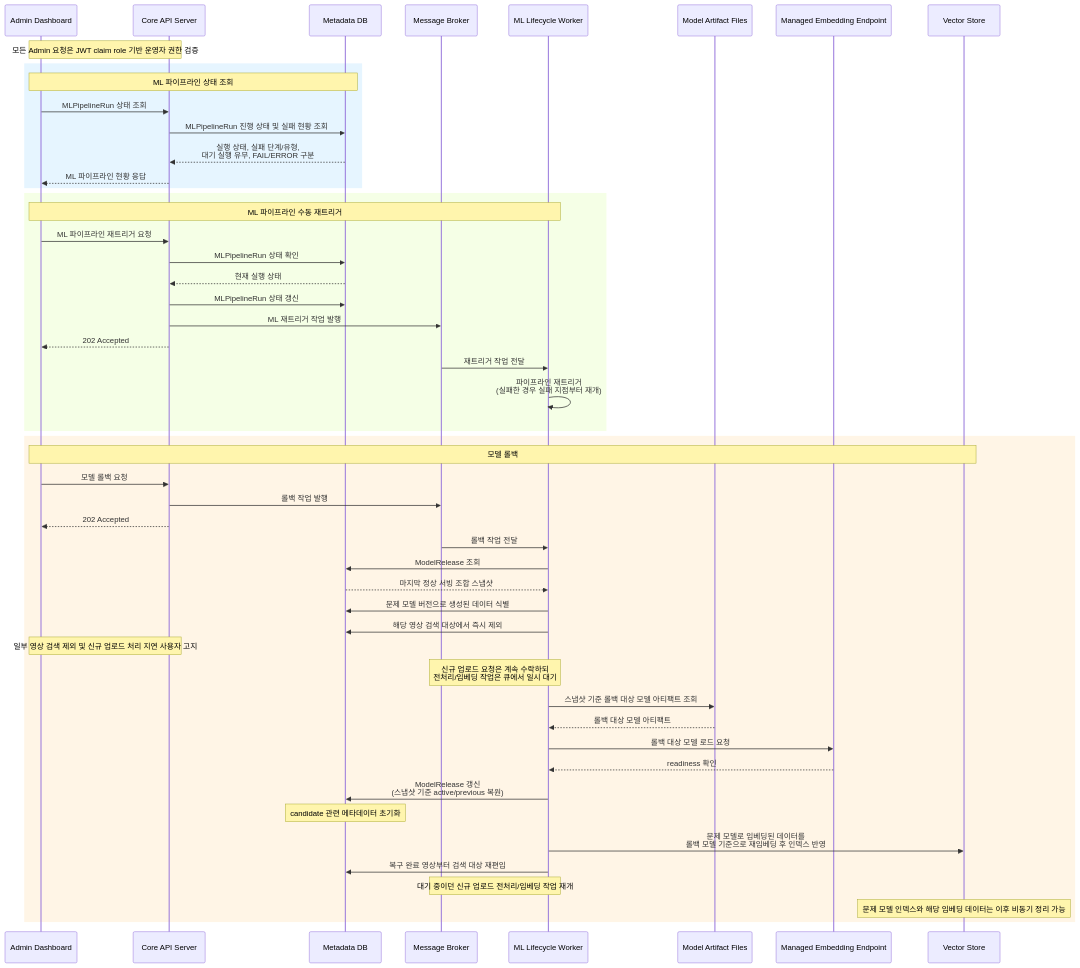
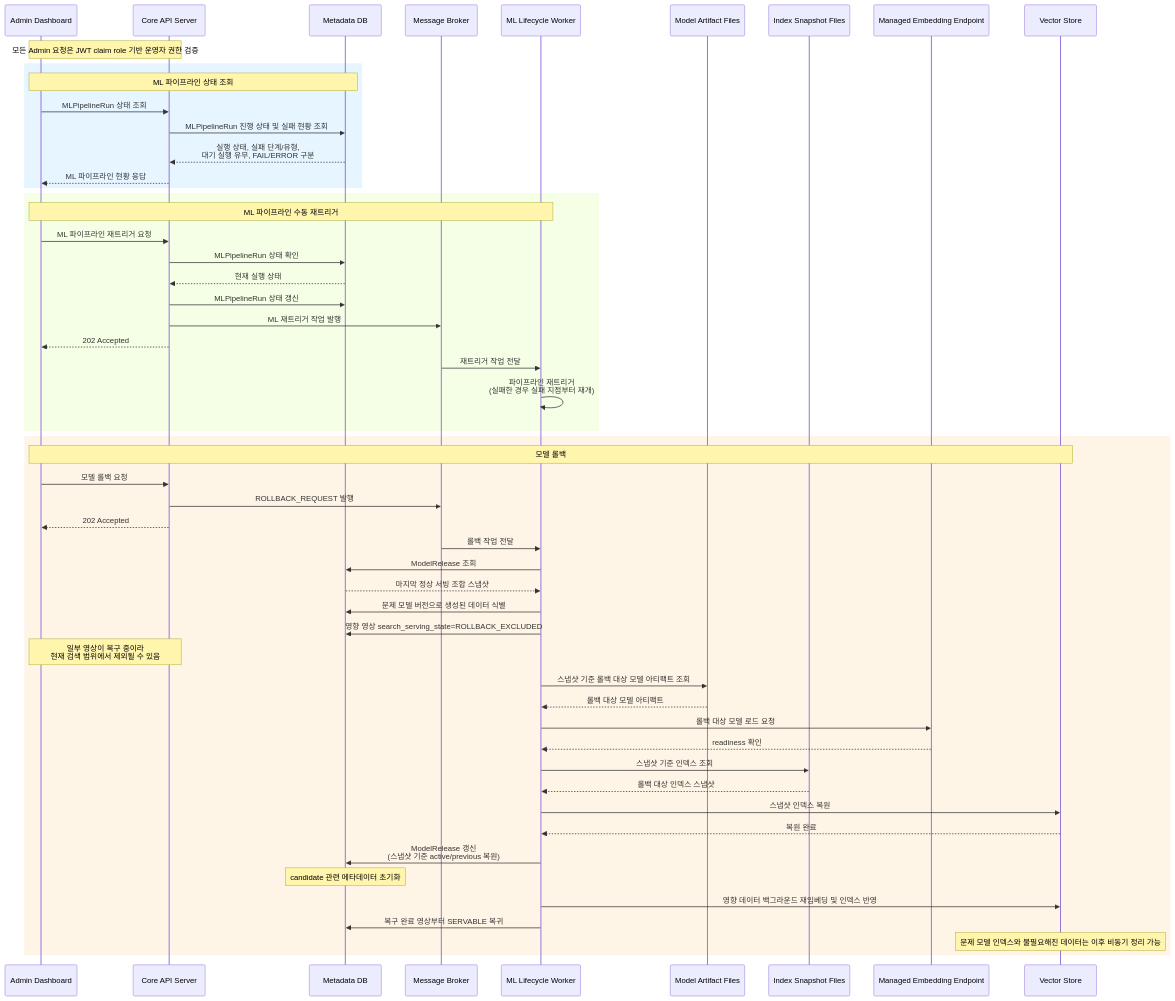
Before and after one commit to f-lab-edu/Biblio: the sixth of 6 diagrams in docs/Diagram/sequence_diagram/SD_Mermaid.md, drawn with Mermaid. The commit also changed 1 other file, not shown here.

Commit message:
docs(diagram): 롤백 정책 수정

````diff
--- a/docs/Diagram/sequence_diagram/SD_Mermaid.md
+++ b/docs/Diagram/sequence_diagram/SD_Mermaid.md
@@ -288,67 +288,73 @@
 ```mermaid
 
 sequenceDiagram
     participant Admin as Admin Dashboard
     participant CoreAPI as Core API Server
     participant MetaDB as Metadata DB
     participant Broker as Message Broker
     participant MLWorker as ML Lifecycle Worker
     participant ModelFiles as Model Artifact Files
+    participant IndexSnaps as Index Snapshot Files
     participant MEE as Managed Embedding Endpoint
     participant VS as Vector Store
 
     Note over Admin, CoreAPI: 모든 Admin 요청은 JWT claim role 기반 운영자 권한 검증
 
     %% === ML 파이프라인 상태 조회 ===
     rect rgb(230, 245, 255)
     Note over Admin, MetaDB: ML 파이프라인 상태 조회
     Admin ->> CoreAPI: MLPipelineRun 상태 조회
     CoreAPI ->> MetaDB: MLPipelineRun 진행 상태 및 실패 현황 조회
     MetaDB -->> CoreAPI: 실행 상태, 실패 단계/유형,<br/>대기 실행 유무, FAIL/ERROR 구분
     CoreAPI -->> Admin: ML 파이프라인 현황 응답
     end
 
     %% === ML 파이프라인 수동 재트리거 ===
     rect rgb(245, 255, 230)
     Note over Admin, MLWorker: ML 파이프라인 수동 재트리거
     Admin ->> CoreAPI: ML 파이프라인 재트리거 요청
     CoreAPI ->> MetaDB: MLPipelineRun 상태 확인
     MetaDB -->> CoreAPI: 현재 실행 상태
     CoreAPI ->> MetaDB: MLPipelineRun 상태 갱신
     CoreAPI ->> Broker: ML 재트리거 작업 발행
     CoreAPI -->> Admin: 202 Accepted
     Broker ->> MLWorker: 재트리거 작업 전달
     MLWorker ->> MLWorker: 파이프라인 재트리거<br/>(실패한 경우 실패 지점부터 재개)
     end
 
     %% === 모델 롤백 ===
     rect rgb(255, 245, 230)
     Note over Admin, VS: 모델 롤백
     Admin ->> CoreAPI: 모델 롤백 요청
-    CoreAPI ->> Broker: 롤백 작업 발행
+    CoreAPI ->> Broker: ROLLBACK_REQUEST 발행
     CoreAPI -->> Admin: 202 Accepted
     Broker ->> MLWorker: 롤백 작업 전달
 
     MLWorker ->> MetaDB: ModelRelease 조회
     MetaDB -->> MLWorker: 마지막 정상 서빙 조합 스냅샷
 
     MLWorker ->> MetaDB: 문제 모델 버전으로 생성된 데이터 식별
-    MLWorker ->> MetaDB: 해당 영상 검색 대상에서 즉시 제외
-    Note over Admin, CoreAPI: 일부 영상 검색 제외 및 신규 업로드 처리 지연 사용자 고지
-    Note over Broker, MLWorker: 신규 업로드 요청은 계속 수락하되<br/>전처리/임베딩 작업은 큐에서 일시 대기
+    MLWorker ->> MetaDB: 영향 영상 search_serving_state=ROLLBACK_EXCLUDED
+    Note over Admin, CoreAPI: 일부 영상이 복구 중이라<br/>현재 검색 범위에서 제외될 수 있음
 
     MLWorker ->> ModelFiles: 스냅샷 기준 롤백 대상 모델 아티팩트 조회
     ModelFiles -->> MLWorker: 롤백 대상 모델 아티팩트
     MLWorker ->> MEE: 롤백 대상 모델 로드 요청
     MEE -->> MLWorker: readiness 확인
 
+    MLWorker ->> IndexSnaps: 스냅샷 기준 인덱스 조회
+    IndexSnaps -->> MLWorker: 롤백 대상 인덱스 스냅샷
+    MLWorker ->> VS: 스냅샷 인덱스 복원
+    VS -->> MLWorker: 복원 완료
+
     MLWorker ->> MetaDB: ModelRelease 갱신<br/>(스냅샷 기준 active/previous 복원)
     Note over MetaDB: candidate 관련 메타데이터 초기화
 
-    MLWorker ->> VS: 문제 모델로 임베딩된 데이터를<br/>롤백 모델 기준으로 재임베딩 후 인덱스 반영
-    MLWorker ->> MetaDB: 복구 완료 영상부터 검색 대상 재편입
-    Note over Broker, MLWorker: 대기 중이던 신규 업로드 전처리/임베딩 작업 재개
-    Note over VS: 문제 모델 인덱스와 해당 임베딩 데이터는 이후 비동기 정리 가능
+    MLWorker ->> VS: 영향 데이터 백그라운드 재임베딩 및 인덱스 반영
+    MLWorker ->> MetaDB: 복구 완료 영상부터 SERVABLE 복귀
+    Note over VS: 문제 모델 인덱스와 불필요해진 데이터는 이후 비동기 정리 가능
     end
 
+
+
 ```
````
